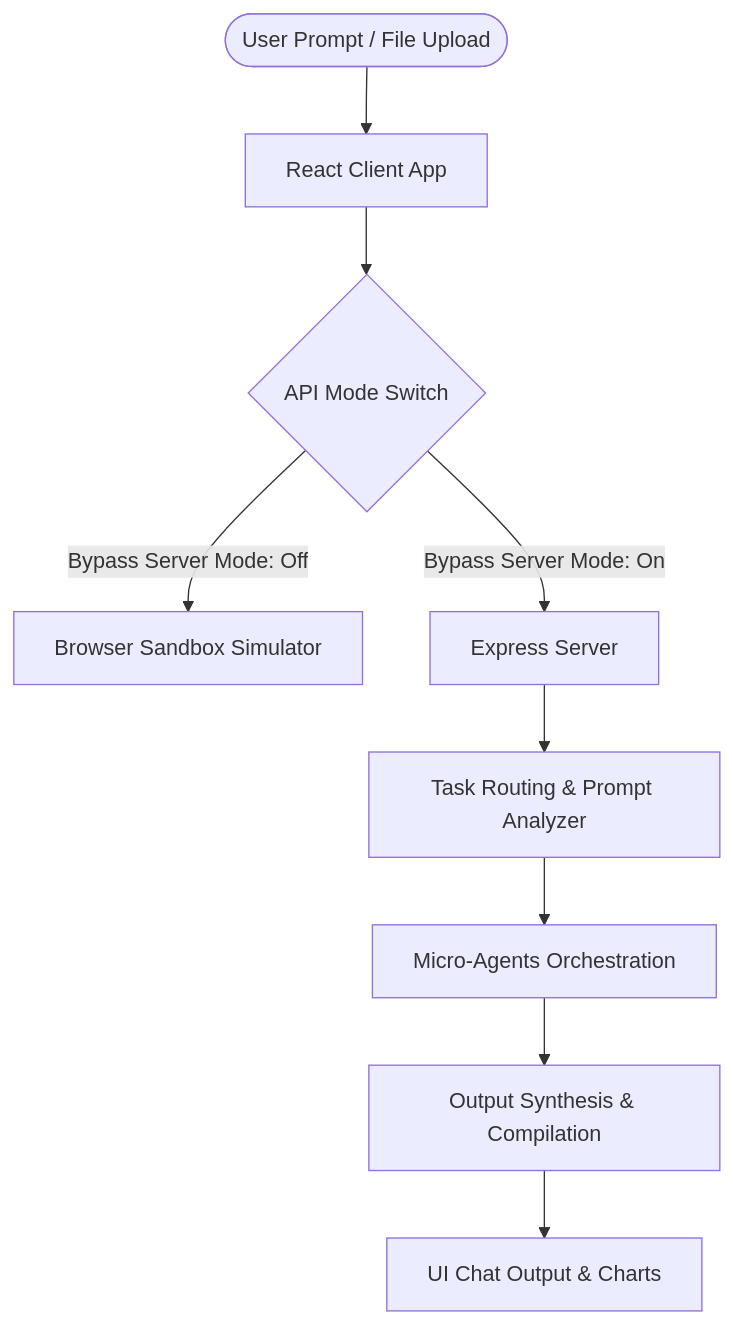
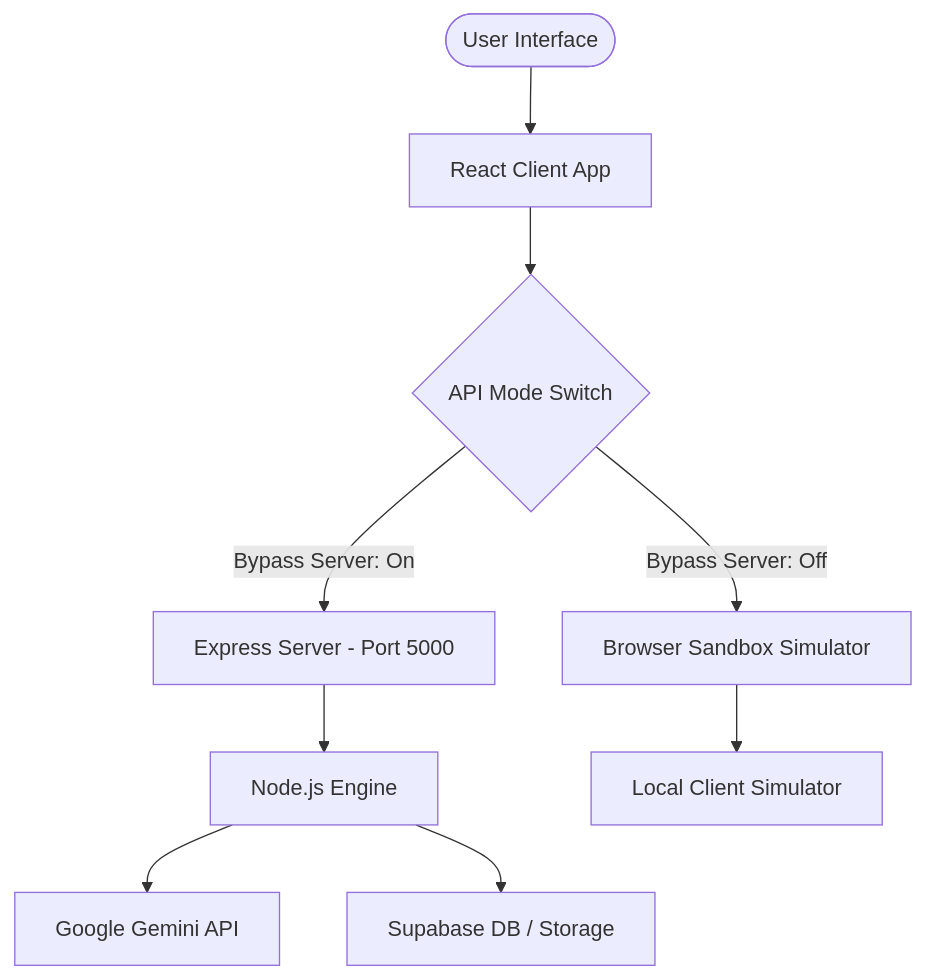
Before and after one commit to bhavaghnyabollepalli/Copilot-Workspace-: the third of 3 diagrams in README.md, drawn with Mermaid. The commit also changed other lines of this file, not shown here.

Commit message:
docs: Update README with Mermaid flowcharts, architecture diagrams, and workflows

````diff
--- a/README.md
+++ b/README.md
@@ -14,11 +119,14 @@
 ```mermaid
 graph TD
-    User([User Prompt / File Upload]) --> UI[React Client App]
+    User([User Interface]) --> UI[React Client App]
     UI --> CoreRouter{API Mode Switch}
-    CoreRouter -->|Bypass Server Mode: Off| SandBox[Browser Sandbox Simulator]
-    CoreRouter -->|Bypass Server Mode: On| ExpressAPI[Express Server]
-    ExpressAPI --> TaskAnalyzer[Task Routing & Prompt Analyzer]
-    TaskAnalyzer --> AgentChain[Micro-Agents Orchestration]
-    AgentChain --> Merger[Output Synthesis & Compilation]
-    Merger --> UIRender[UI Chat Output & Charts]
+    
+    CoreRouter -->|Bypass Server: Off| SandBox[Browser Sandbox Simulator]
+    CoreRouter -->|Bypass Server: On| ExpressAPI[Express Server - Port 5000]
+    
+    ExpressAPI --> NodeApp[Node.js Engine]
+    SandBox --> LocalApp[Local Client Simulator]
+    
+    NodeApp --> Gemini[Google Gemini API]
+    NodeApp --> Supabase[Supabase DB / Storage]
 ```
````
